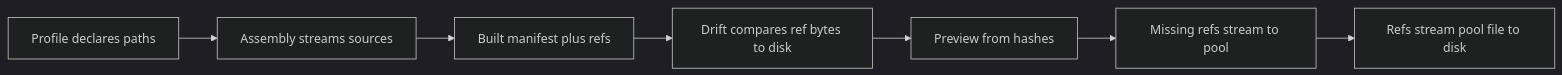
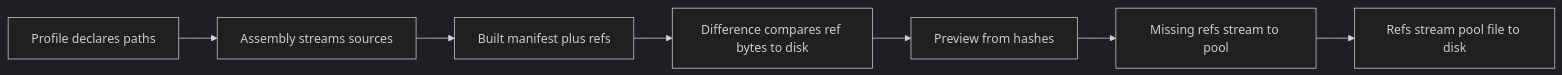
The second of 2 diagrams in docs/design/v0.8.md (SolracHQ/confit), drawn with Mermaid (dark theme) before and after one commit. The commit also changed other lines of this file and 84 other files, not shown here.

````diff
--- a/docs/design/v0.8.md
+++ b/docs/design/v0.8.md
@@ -190,9 +190,9 @@
 ```mermaid
 flowchart LR
     profile[Profile declares paths] --> eval[Assembly streams sources]
     eval --> built[Built manifest plus refs]
-    built --> drift[Drift compares ref bytes to disk]
-    drift --> preview[Preview from hashes]
+    built --> difference[Difference compares ref bytes to disk]
+    difference --> preview[Preview from hashes]
     preview --> store[Missing refs stream to pool]
     store --> write[Refs stream pool file to disk]
 ```
````
